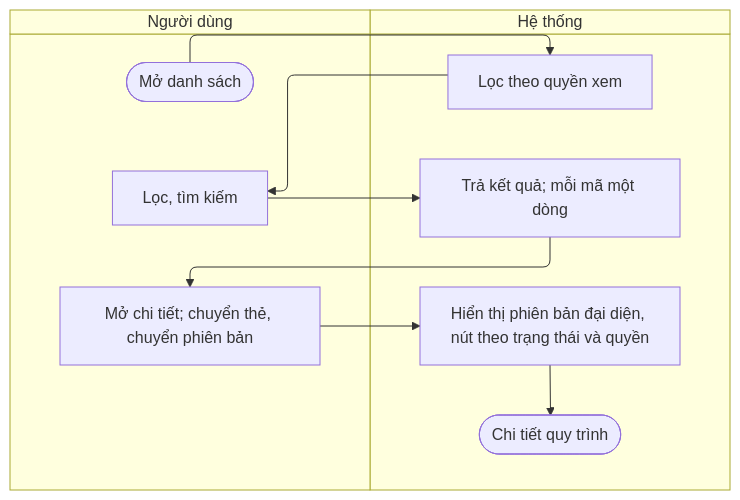
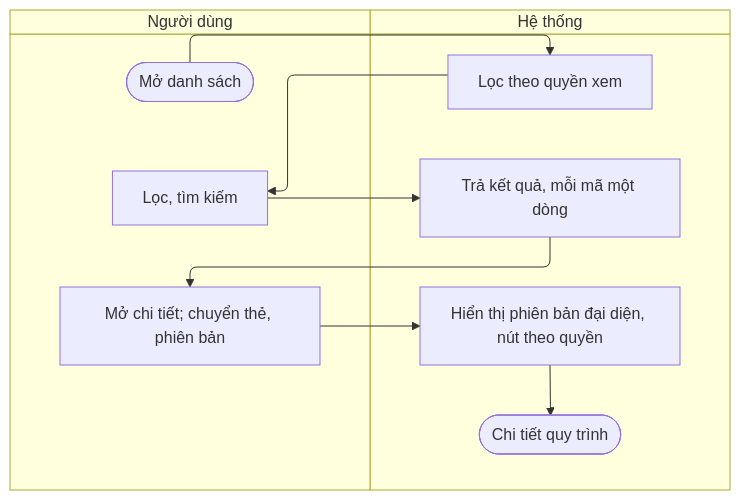
The first of 2 diagrams in docs/prd/quy-trinh-tieu-chuan-txng/7.4-xem-va-tra-cuu.md (cuongnh-rd/ndatrace-attp), drawn with Mermaid before and after one commit. The commit also changed other lines of this file and 9 other files, not shown here.

````diff
--- a/docs/prd/quy-trinh-tieu-chuan-txng/7.4-xem-va-tra-cuu.md
+++ b/docs/prd/quy-trinh-tieu-chuan-txng/7.4-xem-va-tra-cuu.md
@@ -39,20 +39,20 @@
 ```mermaid
 swimlane-beta TB
   subgraph ND["Người dùng"]
     s(["Mở danh sách"])
     c1["Lọc, tìm kiếm"]
-    c2["Mở chi tiết; chuyển thẻ, chuyển phiên bản"]
+    c2["Mở chi tiết; chuyển thẻ, phiên bản"]
   end
   subgraph HT["Hệ thống"]
     h1["Lọc theo quyền xem"]
-    h2["Trả kết quả; mỗi mã một dòng"]
-    h3["Hiển thị phiên bản đại diện, nút theo trạng thái và quyền"]
+    h2["Trả kết quả, mỗi mã một dòng"]
+    h3["Hiển thị phiên bản đại diện, nút theo quyền"]
     e(["Chi tiết quy trình"])
   end
   s --> h1
   h1 --> c1
   c1 --> h2
   h2 --> c2
   c2 --> h3
   h3 --> e
 ```
````
